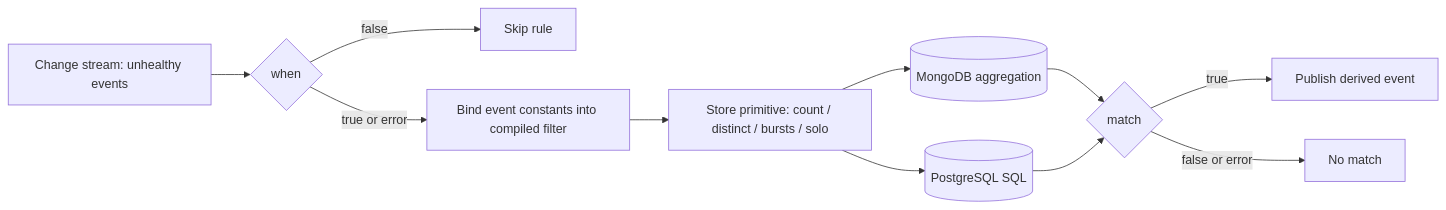
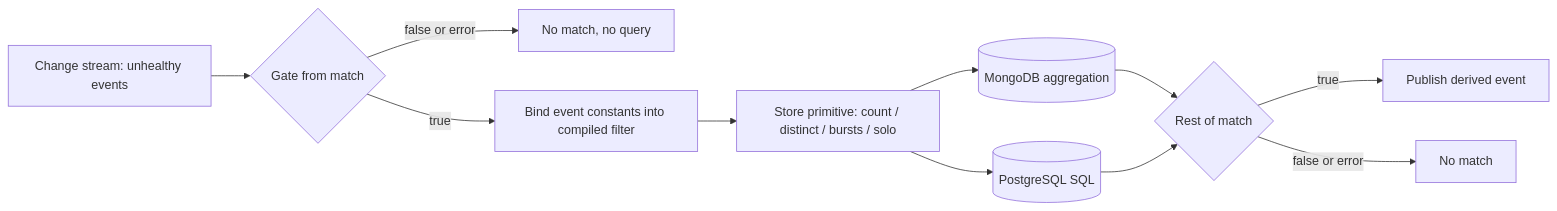
The diagram in docs/designs/066-health-events-analyzer-datastore-neutral-rules.md (NVIDIA/NVSentinel), drawn with Mermaid before and after one commit. The commit also changed other lines of this file, not shown here.

Commit message:
docs(designs): derive the ADR-066 pre-query gate from match instead of when

````diff
--- a/docs/designs/066-health-events-analyzer-datastore-neutral-rules.md
+++ b/docs/designs/066-health-events-analyzer-datastore-neutral-rules.md
@@ -688,13 +682,13 @@
 ```mermaid
 flowchart LR
-    CS[Change stream: unhealthy events] --> W{when}
-    W -- false --> S[Skip rule]
-    W -- true or error --> B[Bind event constants into compiled filter]
+    CS[Change stream: unhealthy events] --> G{Gate from match}
+    G -- false or error --> S[No match, no query]
+    G -- true --> B[Bind event constants into compiled filter]
     B --> Q[Store primitive: count / distinct / bursts / solo]
     Q --> M[(MongoDB aggregation)]
     Q --> P[(PostgreSQL SQL)]
-    M --> X{match}
+    M --> X{Rest of match}
     P --> X
     X -- true --> PUB[Publish derived event]
     X -- false or error --> N[No match]
 ```
````
